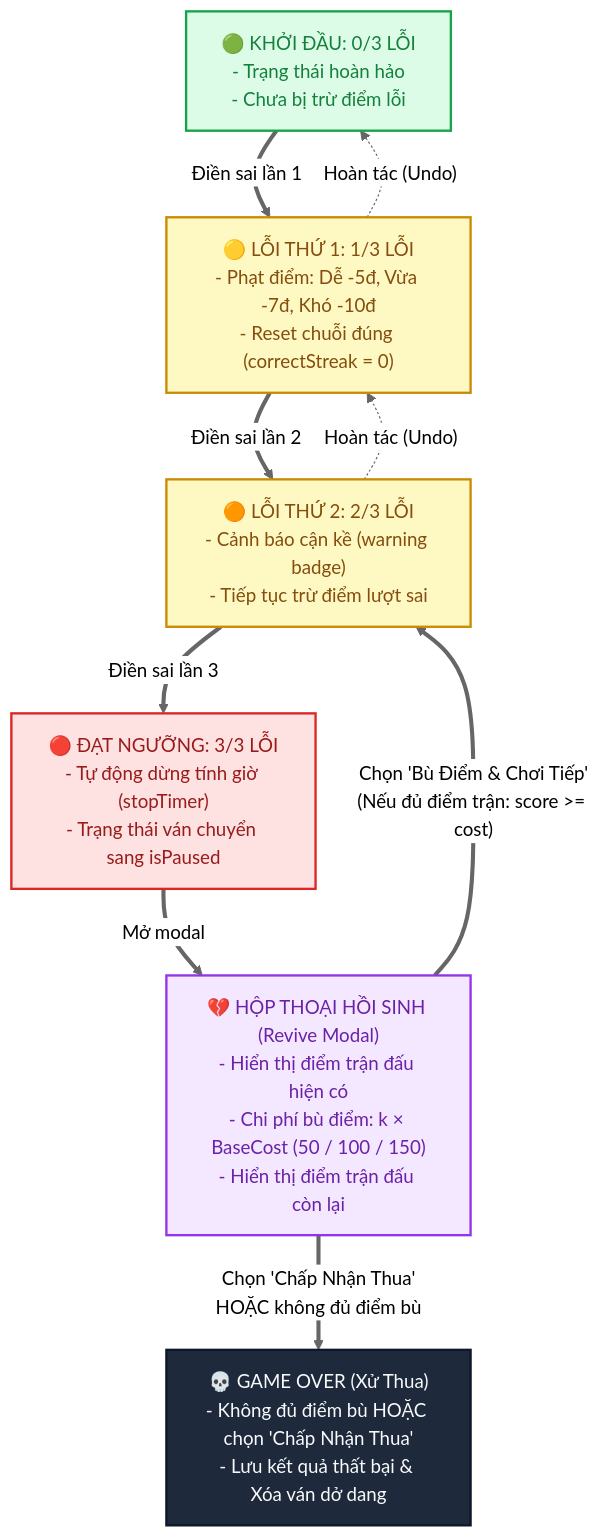
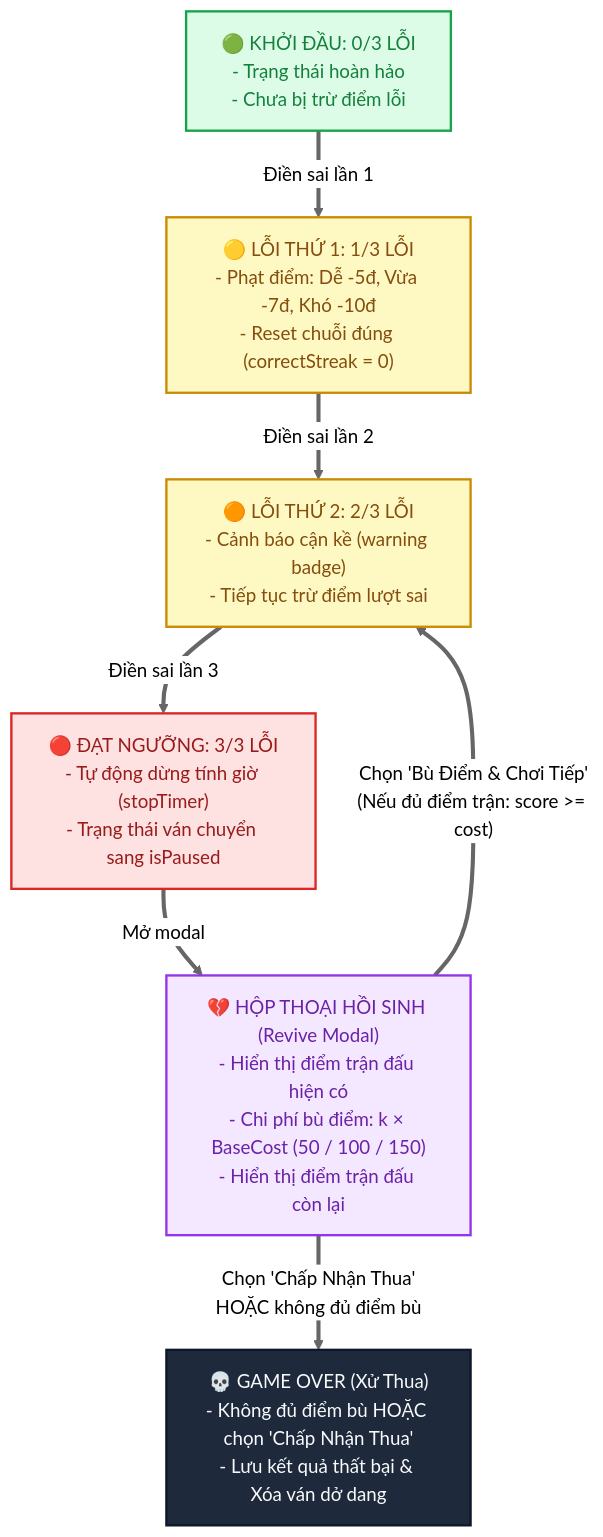
The third of 3 diagrams in docs/02_game_state_lifecycle.md (Jhanh/Sudoku_game), drawn with Mermaid (neutral theme) before and after one commit. The commit also changed 2 other files, not shown here.

Commit message:
docs: update all document

````diff
--- a/docs/02_game_state_lifecycle.md
+++ b/docs/02_game_state_lifecycle.md
@@ -119,35 +119,34 @@
 ```mermaid
 flowchart TD
     classDef safe fill:#DCFCE7,stroke:#16A34A,stroke-width:2px,color:#15803D;
     classDef warn fill:#FEF9C3,stroke:#CA8A04,stroke-width:2px,color:#854D0E;
     classDef alert fill:#FEE2E2,stroke:#DC2626,stroke-width:2px,color:#991B1B;
     classDef modal fill:#F3E8FF,stroke:#9333EA,stroke-width:2px,color:#6B21A8;
     classDef finish fill:#1E293B,stroke:#0F172A,stroke-width:2px,color:#F8FAFC;
 
     M0["🟢 KHỞI ĐẦU: 0/3 LỖI<br/>- Trạng thái hoàn hảo<br/>- Chưa bị trừ điểm lỗi"]
     M1["🟡 LỖI THỨ 1: 1/3 LỖI<br/>- Phạt điểm: Dễ -5đ, Vừa -7đ, Khó -10đ<br/>- Reset chuỗi đúng (correctStreak = 0)"]
     M2["🟠 LỖI THỨ 2: 2/3 LỖI<br/>- Cảnh báo cận kề (warning badge)<br/>- Tiếp tục trừ điểm lượt sai"]
     M3["🔴 ĐẠT NGƯỠNG: 3/3 LỖI<br/>- Tự động dừng tính giờ (stopTimer)<br/>- Trạng thái ván chuyển sang isPaused"]
 
     MODAL_REVIVE["💔 HỘP THOẠI HỒI SINH (Revive Modal)<br/>- Hiển thị điểm trận đấu hiện có<br/>- Chi phí bù điểm: k × BaseCost (50 / 100 / 150)<br/>- Hiển thị điểm trận đấu còn lại"]
 
     GAME_OVER["💀 GAME OVER (Xử Thua)<br/>- Không đủ điểm bù HOẶC chọn 'Chấp Nhận Thua'<br/>- Lưu kết quả thất bại & Xóa ván dở dang"]
 
     M0 ==>|"Điền sai lần 1"| M1
     M1 ==>|"Điền sai lần 2"| M2
     M2 ==>|"Điền sai lần 3"| M3
     M3 ==>|"Mở modal"| MODAL_REVIVE
 
     MODAL_REVIVE ==>|"Chọn 'Bù Điểm & Chơi Tiếp'<br/>(Nếu đủ điểm trận: score >= cost)"| M2
     MODAL_REVIVE ==>|"Chọn 'Chấp Nhận Thua'<br/>HOẶC không đủ điểm bù"| GAME_OVER
 
-    M1 -. "Hoàn tác (Undo)" .-> M0
-    M2 -. "Hoàn tác (Undo)" .-> M1
+    %% Lưu ý chống gian lận: Thao tác Hoàn tác (Undo) chỉ xóa nước đi sai trên ô cờ và phục hồi ghi chú cũ. Số lỗi vi phạm (1/3 hoặc 2/3) và điểm phạt đã trừ là bất khả đảo ngược.
 
     class M0 safe;
     class M1 warn;
     class M2 warn;
     class M3 alert;
     class MODAL_REVIVE modal;
     class GAME_OVER finish;
 ```
````
